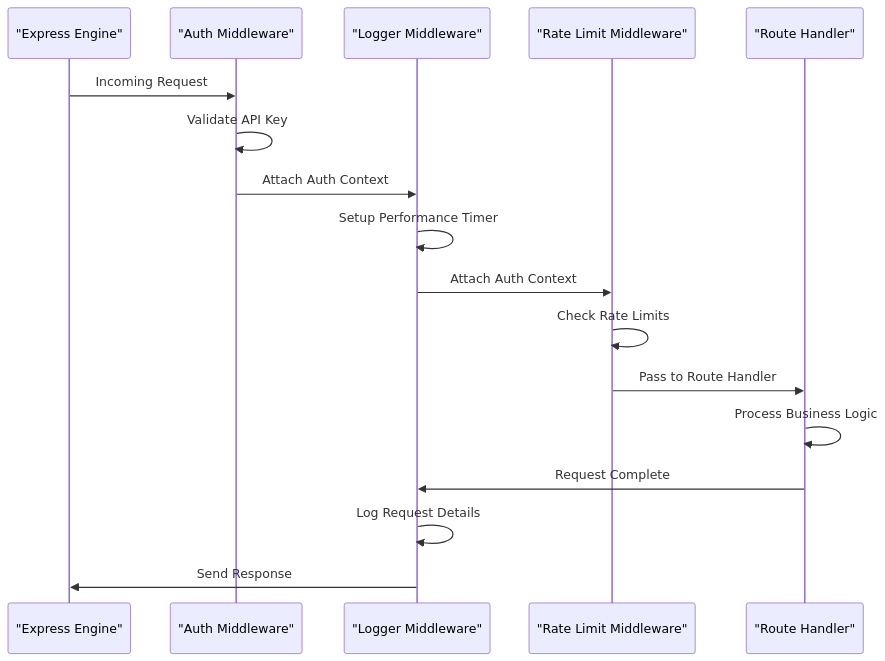
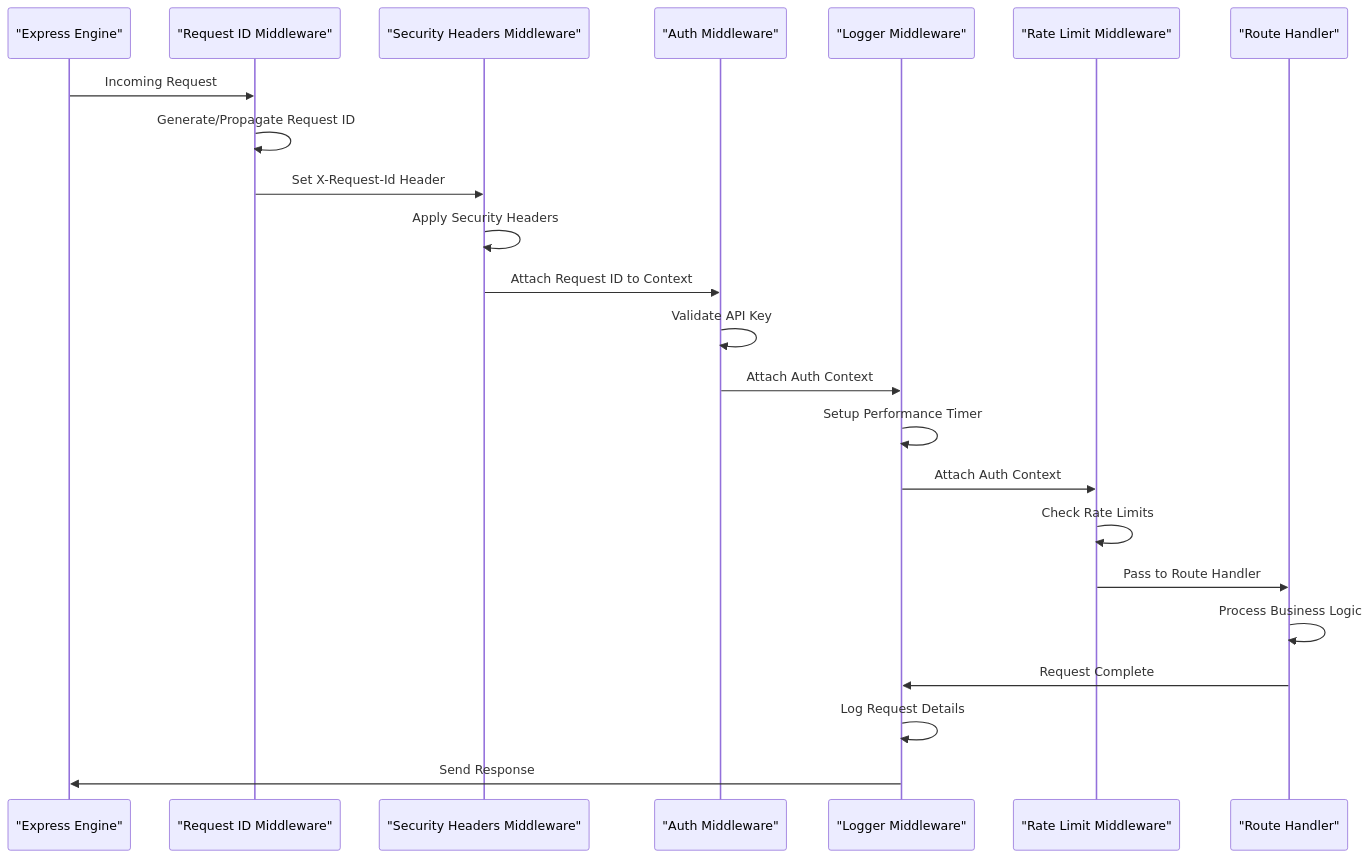
One commit to gaigenticai/escrowgrid changed the eighth of 8 diagrams in .qoder/repowiki/en/content/Architecture/Backend Architecture/Middleware/Middleware.md. Above: the diagram before and after it, drawn with Mermaid. The commit also changed other lines of this file and 4 other files, not shown here.

````diff
--- a/.qoder/repowiki/en/content/Architecture/Backend Architecture/Middleware/Middleware.md
+++ b/.qoder/repowiki/en/content/Architecture/Backend Architecture/Middleware/Middleware.md
@@ -317,19 +486,25 @@
 ```mermaid
 sequenceDiagram
 participant Express as "Express Engine"
+participant RequestId as "Request ID Middleware"
+participant Security as "Security Headers Middleware"
 participant Auth as "Auth Middleware"
 participant Logger as "Logger Middleware"
 participant RateLimit as "Rate Limit Middleware"
 participant Handler as "Route Handler"
-Express->>Auth : Incoming Request
+Express->>RequestId : Incoming Request
+RequestId->>RequestId : Generate/Propagate Request ID
+RequestId->>Security : Set X-Request-Id Header
+Security->>Security : Apply Security Headers
+Security->>Auth : Attach Request ID to Context
 Auth->>Auth : Validate API Key
 Auth->>Logger : Attach Auth Context
 Logger->>Logger : Setup Performance Timer
 Logger->>RateLimit : Attach Auth Context
 RateLimit->>RateLimit : Check Rate Limits
 RateLimit->>Handler : Pass to Route Handler
 Handler->>Handler : Process Business Logic
 Handler->>Logger : Request Complete
 Logger->>Logger : Log Request Details
 Logger->>Express : Send Response
 ```
````
